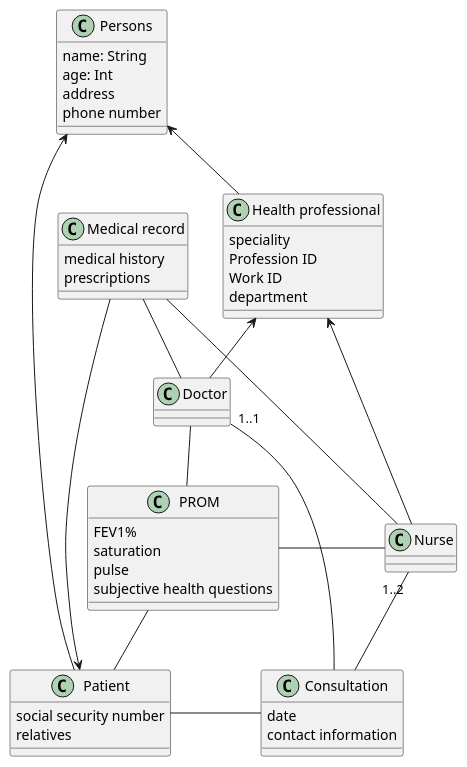
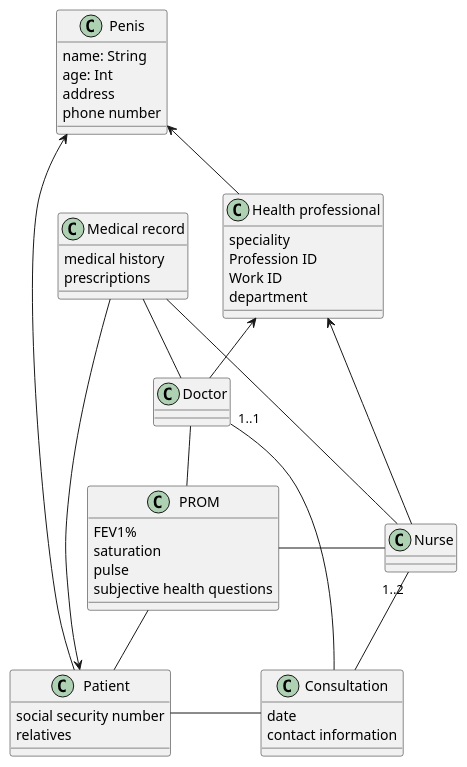
The diagram in Class diagram - iteration 1.puml (Purreskov/Softwareudvikling---Github), drawn with PlantUML before and after one commit.

Commit message:
penis
penis

```diff
--- a/Class diagram - iteration 1.puml
+++ b/Class diagram - iteration 1.puml
@@ -1,49 +1,49 @@
 @startuml
 'https://plantuml.com/class-diagram
 
-class "Persons" as persons
+class "Penis" as persons
 persons : name: String
 persons : age: Int
 persons : address
 persons : phone number
 
 class "PROM" as prom
 prom : FEV1%
 prom : saturation
 prom : pulse
 prom : subjective health questions
 class "Consultation" as consultation
 consultation : date
 consultation : contact information
 class "Patient" as patient
 patient : social security number
 'patient : prescriptions
 'patient : medical record
 patient : relatives
 class "Doctor" as doctor
 class "Nurse" as nurse
 class "Medical record" as mr
 mr : medical history
 mr : prescriptions
 class "Health professional" as HP
 HP : speciality
 HP : Profession ID
 HP : Work ID
 HP : department
 
 
 mr --> patient
 mr -- doctor
 mr -- nurse
 persons <-- HP
 'persons <-- NHP
 persons <-- patient
 HP <-- doctor
 HP <-- nurse
 doctor "1..1" -- consultation
 nurse "1..2" -- consultation
 prom - nurse
 prom -- patient
 doctor -- prom
 patient - consultation
 @enduml
```
